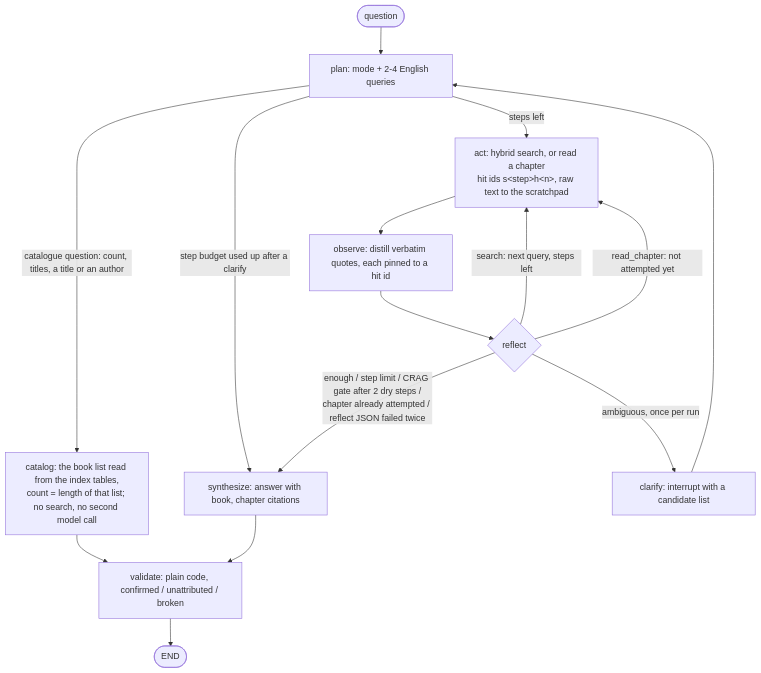
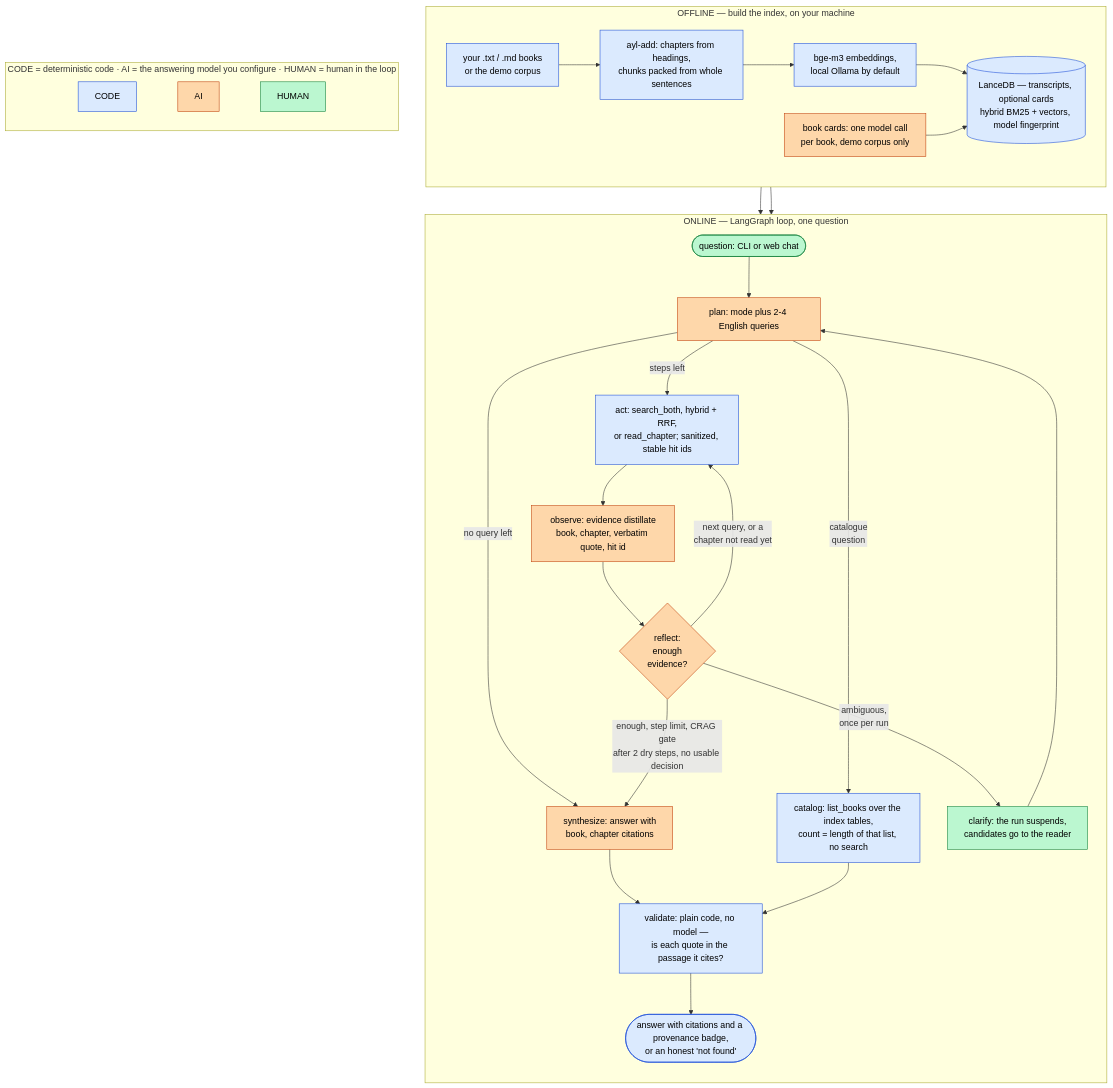
Before and after one commit to ievgen-borysenko/ask-your-library: the second of 2 diagrams in README.md, drawn with Mermaid. The commit also changed other lines of this file and 24 other files, not shown here.

````diff
--- a/README.md
+++ b/README.md
@@ -45,17 +51,37 @@
 ```mermaid
-flowchart TD
-    Q([question]) --> P[plan: mode + 2-4 English queries]
-    P -->|steps left| A[act: hybrid search, or read a chapter<br/>hit ids s&lt;step&gt;h&lt;n&gt;, raw text to the scratchpad]
-    P -->|step budget used up after a clarify| S
-    P -->|catalogue question: count, titles, a title or an author| K[catalog: the book list read from the index tables,<br/>count = length of that list; no search, no second model call]
-    K --> V
-    A --> O[observe: distill verbatim quotes, each pinned to a hit id]
-    O --> R{reflect}
-    R -->|search: next query, steps left| A
-    R -->|read_chapter: not attempted yet| A
-    R -->|ambiguous, once per run| C[clarify: interrupt with a candidate list]
-    C --> P
-    R -->|enough / step limit / CRAG gate after 2 dry steps /<br/>chapter already attempted / reflect JSON failed twice| S[synthesize: answer with book, chapter citations]
-    S --> V[validate: plain code, confirmed / unattributed / broken]
-    V --> E([END])
+flowchart TB
+    subgraph offline["OFFLINE — build the index, on your machine"]
+        direction LR
+        BK["your .txt / .md books<br/>or the demo corpus"]:::code
+        CRD["book cards: one model call<br/>per book, demo corpus only"]:::ai
+        BK --> CHK["ayl-add: chapters from headings,<br/>chunks packed from whole sentences"]:::code
+        CHK --> EMB["bge-m3 embeddings,<br/>local Ollama by default"]:::code
+        EMB --> DB[("LanceDB — transcripts, optional cards<br/>hybrid BM25 + vectors, model fingerprint")]:::code
+        CRD --> DB
+    end
+    subgraph online["ONLINE — LangGraph loop, one question"]
+        direction TB
+        Q(["question: CLI or web chat"]):::human --> PLAN["plan: mode plus 2-4 English queries"]:::ai
+        PLAN -->|"catalogue<br/>question"| CAT["catalog: list_books over the index tables,<br/>count = length of that list, no search"]:::code
+        PLAN -->|"steps left"| ACT["act: search_both, hybrid + RRF,<br/>or read_chapter; sanitized, stable hit ids"]:::code
+        PLAN -->|"no query left"| SYN
+        ACT --> OBS["observe: evidence distillate<br/>book, chapter, verbatim quote, hit id"]:::ai
+        OBS --> REF{"reflect:<br/>enough<br/>evidence?"}:::ai
+        REF -->|"next query, or a<br/>chapter not read yet"| ACT
+        REF -->|"ambiguous,<br/>once per run"| CLR["clarify: the run suspends,<br/>candidates go to the reader"]:::human
+        CLR --> PLAN
+        REF -->|"enough, step limit, CRAG gate<br/>after 2 dry steps, no usable decision"| SYN["synthesize: answer with<br/>book, chapter citations"]:::ai
+        SYN --> VAL["validate: plain code, no model —<br/>is each quote in the passage it cites?"]:::code
+        CAT --> VAL
+        VAL --> OUT(["answer with citations and a provenance badge,<br/>or an honest 'not found'"]):::code
+    end
+    subgraph legend["CODE = deterministic code · AI = the answering model you configure · HUMAN = human in the loop"]
+        direction LR
+        L1["CODE"]:::code ~~~ L2["AI"]:::ai ~~~ L3["HUMAN"]:::human
+    end
+    DB --> ACT
+    DB --> CAT
+    classDef code fill:#dbeafe,stroke:#1d4ed8,color:#000
+    classDef ai fill:#fed7aa,stroke:#c2410c,color:#000
+    classDef human fill:#bbf7d0,stroke:#15803d,color:#000
 ```
````
